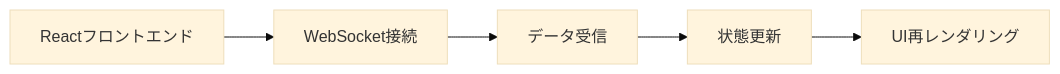
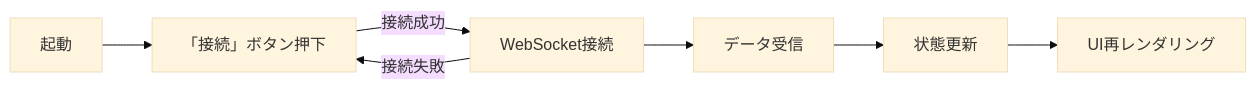
The third of 3 diagrams in work-06/report/最終レポート_finalReport.md (Vigener/RealTime-Data), drawn with Mermaid (base theme) before and after one commit. The commit also changed other lines of this file and 7 other files, not shown here.

````diff
--- a/work-06/report/最終レポート_finalReport.md
+++ b/work-06/report/最終レポート_finalReport.md
@@ -349,10 +322,12 @@
    ```mermaid
    flowchart LR
-     RF[Reactフロントエンド]
+     ST[起動]
+     BD[「接続」ボタン押下]
      WSC[WebSocket接続]
      DR[データ受信]
      SU[状態更新]
      UIR[UI再レンダリング]
 
-     RF --> WSC --> DR --> SU --> UIR
+     ST -->BD --> |接続成功| WSC --> DR --> SU --> UIR
+     WSC --> |接続失敗| BD
    ```
````
